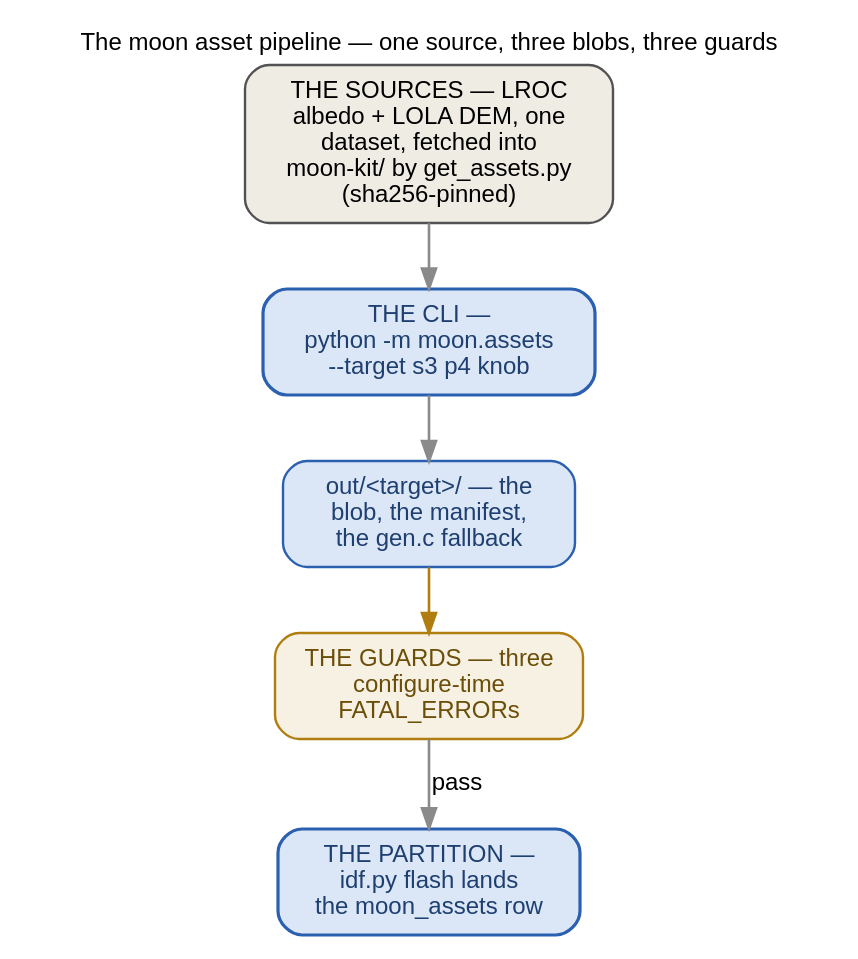
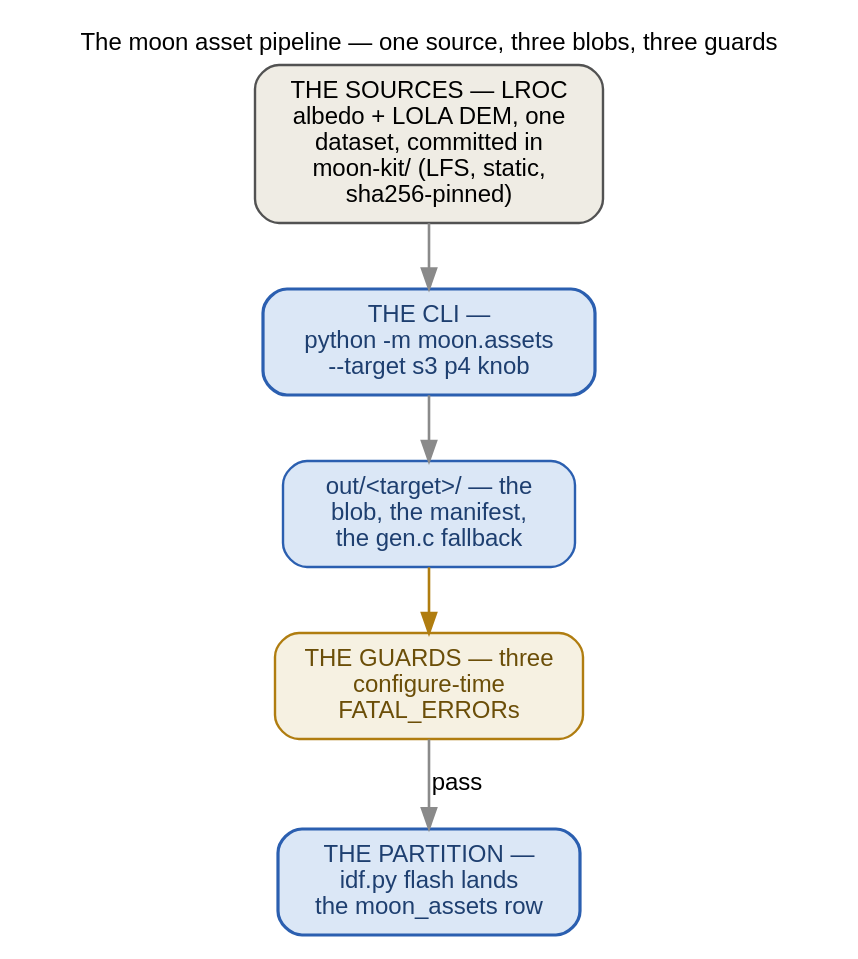
Before and after one commit to ukos-git/moon-clock-esp: the diagram in docs/_graphs/assets-pipeline.dot, drawn with Graphviz. The commit also changed 55 other files, not shown here.

```diff
--- a/docs/_graphs/assets-pipeline.dot
+++ b/docs/_graphs/assets-pipeline.dot
@@ -1,39 +1,39 @@
 // The moon asset pipeline as a black box: one source, three board
 // blobs, the configure-time guards, the flashed partition. The
 // internals are opened in the detail sketches:
 //   assets-pipeline-bake.dot    the sources, constants.py, the CLI,
 //                               the three outputs
 //   assets-pipeline-guards.dot  the FATAL_ERROR trio, the flash, the
 //                               image gate that eats the same bytes
 // Rendered inline as SVG by sphinx.ext.graphviz (dot on PATH);
 // reference/build-system.rst embeds it.
 // FONTS: 12 pt = the page's 16 px body text at 1:1 — kept inside the
 // content column.
 // Rendered inline as SVG by sphinx.ext.graphviz (dot on PATH).
 digraph assets_pipeline {
     rankdir=TB;
     label="The moon asset pipeline — one source, three blobs, three guards";
     labelloc="t"; labeljust="c";
     fontname="Helvetica"; fontsize=12;
     graph [nodesep=0.4, ranksep=0.45];
     node [fontname="Helvetica", fontsize=12, shape=box, style="rounded,filled",
           width=0, height=0, margin="0.16,0.10", fillcolor="#f2f2ef",
           color="#525252", penwidth=1.2];
     edge [fontname="Helvetica", fontsize=12, color="#8a8a8a", penwidth=1.3];
 
-    src [label="THE SOURCES — LROC\nalbedo + LOLA DEM, one\ndataset, fetched into\nmoon-kit/ by get_assets.py\n(sha256-pinned)",
+    src [label="THE SOURCES — LROC\nalbedo + LOLA DEM, one\ndataset, committed in\nmoon-kit/ (LFS, static,\nsha256-pinned)",
          fillcolor="#efece4"];
     cli [label="THE CLI —\npython -m moon.assets\n--target s3 p4 knob",
          fillcolor="#dbe7f6", color="#2b5fb0", fontcolor="#1e3f70", penwidth=1.6];
     out [label="out/<target>/ — the\nblob, the manifest,\nthe gen.c fallback",
          fillcolor="#dbe7f6", color="#2b5fb0", fontcolor="#1e3f70"];
     guards [label="THE GUARDS — three\nconfigure-time\nFATAL_ERRORs",
             fillcolor="#f6f1e2", color="#b07d10", fontcolor="#6b4e08"];
     flash [label="THE PARTITION —\nidf.py flash lands\nthe moon_assets row",
            fillcolor="#dbe7f6", color="#2b5fb0", fontcolor="#1e3f70", penwidth=1.6];
 
     src -> cli;
     cli -> out;
     out -> guards [color="#b07d10"];
     guards -> flash [label="pass"];
 }
```
